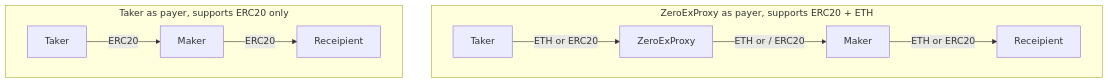
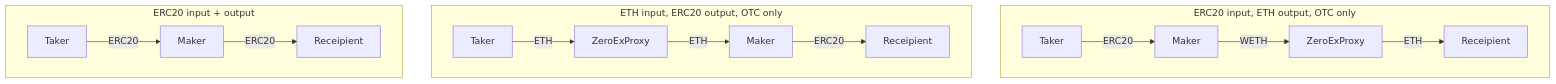
The seventh of 10 diagrams in README.md (papercliplabs/zero-ex-subgraph), drawn with Mermaid before and after one commit. The commit also changed other lines of this file and 4 other files, not shown here.

````diff
--- a/README.md
+++ b/README.md
@@ -161,12 +178,17 @@
 ```mermaid
 graph TD
-	subgraph A[ZeroExProxy as payer, supports ERC20 + ETH]
-		T[Taker] --ETH or ERC20--> Z[ZeroExProxy]
-		Z --ETH or / ERC20--> M[Maker]
-		M --ETH or ERC20--> R[Receipient]
+	subgraph C[ERC20 input, ETH output, OTC only]
+		TC[Taker] --ERC20--> MC[Maker]
+		MC --WETH--> ZC[ZeroExProxy]
+		ZC --ETH--> RC[Receipient]
 	end
-	subgraph B[Taker as payer, supports ERC20 only]
+	subgraph A[ETH input, ERC20 output, OTC only]
+		T[Taker] --ETH--> Z[ZeroExProxy]
+		Z --ETH--> M[Maker]
+		M --ERC20--> R[Receipient]
+	end
+	subgraph B[ERC20 input + output]
 		TB[Taker] --ERC20--> MB[Maker]
 		MB--ERC20--> RB[Receipient]
 	end
 ```
````
